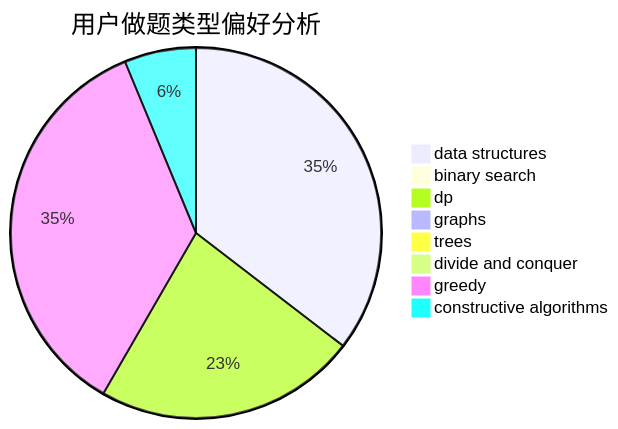
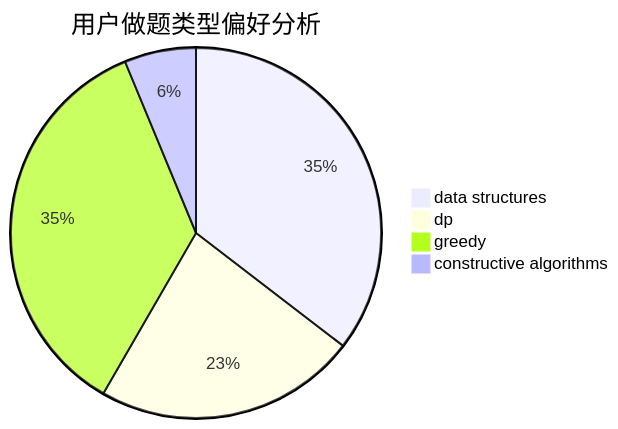
One commit to sherpahu/cfrs.github.io changed the second of 3 diagrams in docs/user/u875.md. Above: the diagram before and after it, drawn with Mermaid. The commit also changed other lines of this file and 2770 other files, not shown here.

````diff
--- a/docs/user/u875.md
+++ b/docs/user/u875.md
@@ -18,11 +16,7 @@
 ```mermaid
 pie title 用户做题类型偏好分析
     "data structures" :  17
-    "binary search" :  0
     "dp" :  11
-    "graphs" :  0
-    "trees" :  0
-    "divide and conquer" :  0
     "greedy" :  17
     "constructive algorithms" :  3
 ```
````
